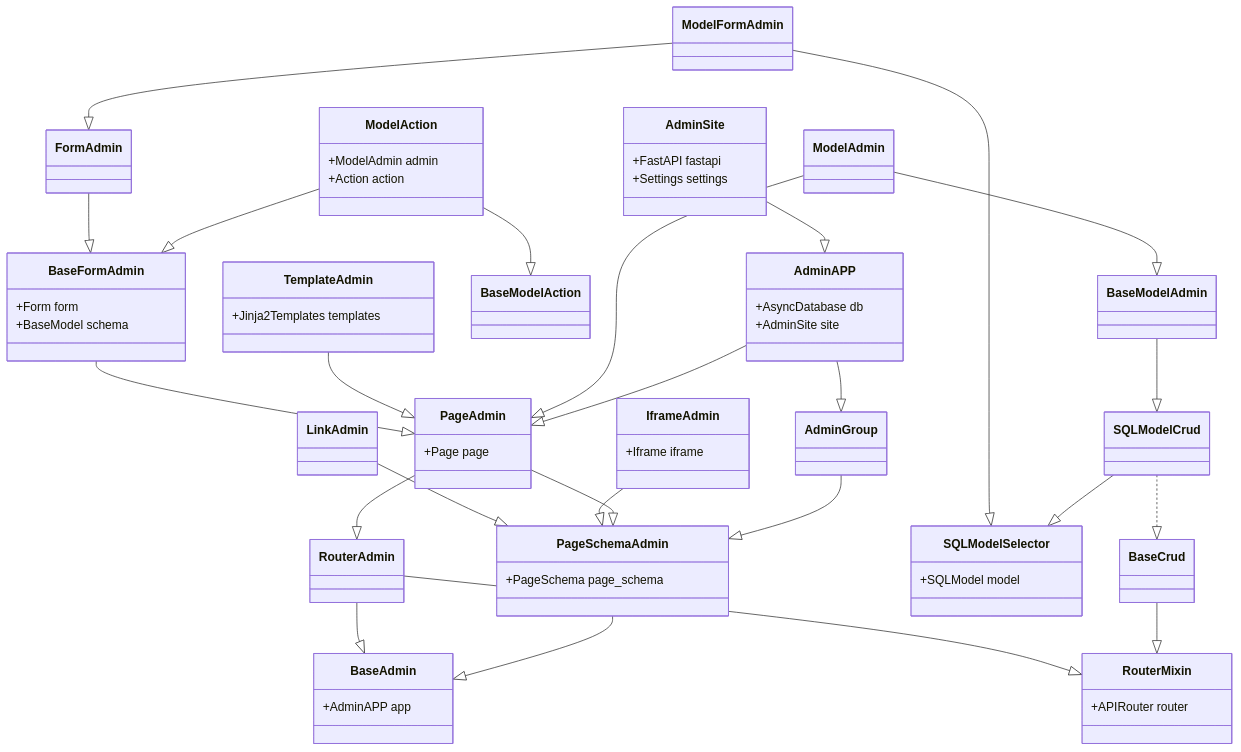
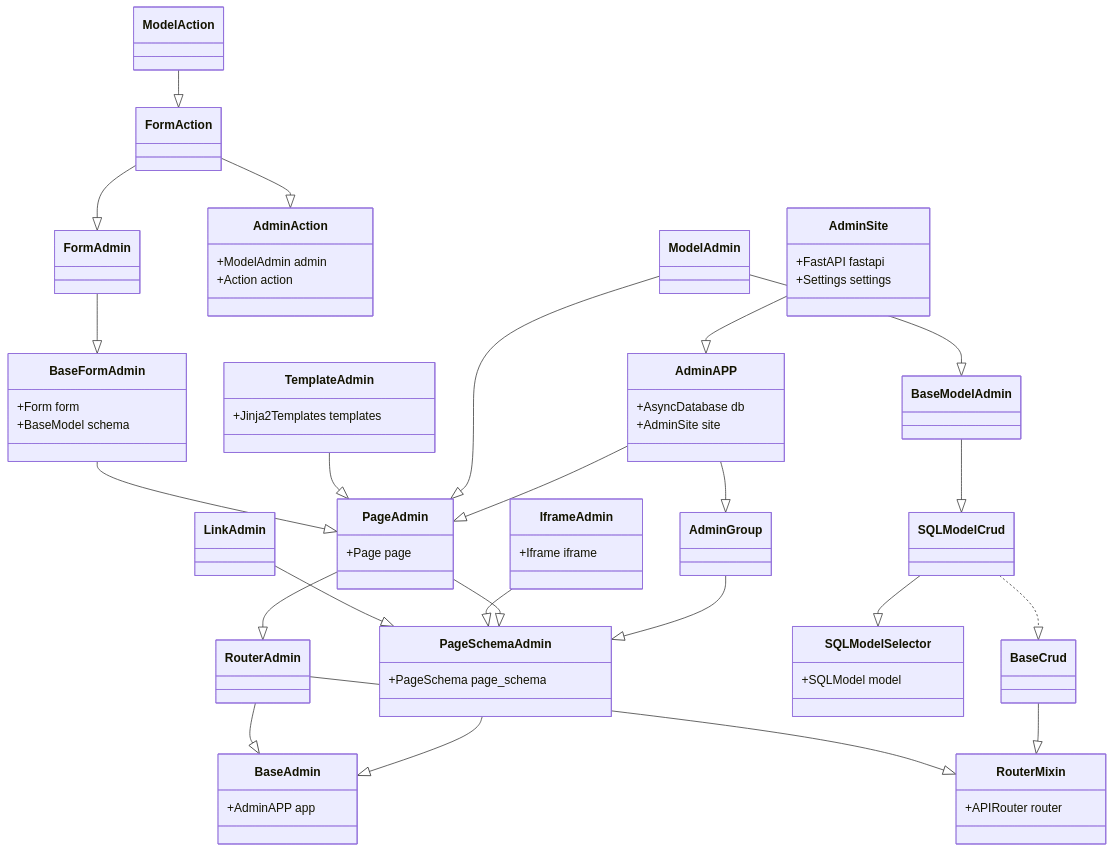
The first of 2 diagrams in docs/en/docs/amis_admin/BaseAdmin.md (amisadmin/fastapi-amis-admin), drawn with Mermaid before and after one commit. The commit also changed 7 other files, not shown here.

````diff
--- a/docs/en/docs/amis_admin/BaseAdmin.md
+++ b/docs/en/docs/amis_admin/BaseAdmin.md
@@ -30,60 +30,59 @@
 ``` mermaid
 classDiagram
 	%% admin
     class RouterMixin
     RouterMixin: +APIRouter router
     RouterAdmin --|> RouterMixin
     class BaseAdmin
     BaseAdmin: +AdminAPP app
     RouterAdmin --|> BaseAdmin
     PageSchemaAdmin --|> BaseAdmin
     PageSchemaAdmin: +PageSchema page_schema
     
     LinkAdmin --|> PageSchemaAdmin
     IframeAdmin --|> PageSchemaAdmin
     IframeAdmin: +Iframe iframe
     
     PageAdmin --|> PageSchemaAdmin
     PageAdmin --|> RouterAdmin
     PageAdmin: +Page page
     
     BaseFormAdmin --|> PageAdmin
     BaseFormAdmin: +Form form
     BaseFormAdmin: +BaseModel schema
     
     FormAdmin --|> BaseFormAdmin
     
     TemplateAdmin --|> PageAdmin
     TemplateAdmin: +Jinja2Templates templates
     
     %% model
-    ModelFormAdmin --|> FormAdmin
-    ModelFormAdmin --|> SQLModelSelector
-    ModelAction --|> BaseFormAdmin
-    ModelAction --|> BaseModelAction
-    ModelAction: +ModelAdmin admin
-    ModelAction: +Action action
+    FormAction --|> AdminAction
+    FormAction --|> FormAdmin
+    ModelAction --|> FormAction
+    AdminAction: +ModelAdmin admin
+    AdminAction: +Action action
     
     class SQLModelSelector
     SQLModelSelector: +SQLModel model
     BaseCrud --|> RouterMixin
     SQLModelCrud ..|> BaseCrud
     SQLModelCrud --|> SQLModelSelector
     
     BaseModelAdmin --|> SQLModelCrud
     ModelAdmin --|> BaseModelAdmin
 	ModelAdmin --|> PageAdmin
 	
 	%% group,app,site
 	AdminGroup --|> PageSchemaAdmin
 	
     AdminAPP --|> AdminGroup
     AdminAPP --|> PageAdmin
     AdminAPP: +AsyncDatabase db
     AdminAPP: +AdminSite site
     
     AdminSite --|> AdminAPP
     AdminSite: +FastAPI fastapi
     AdminSite: +Settings settings
     
 ```
````
